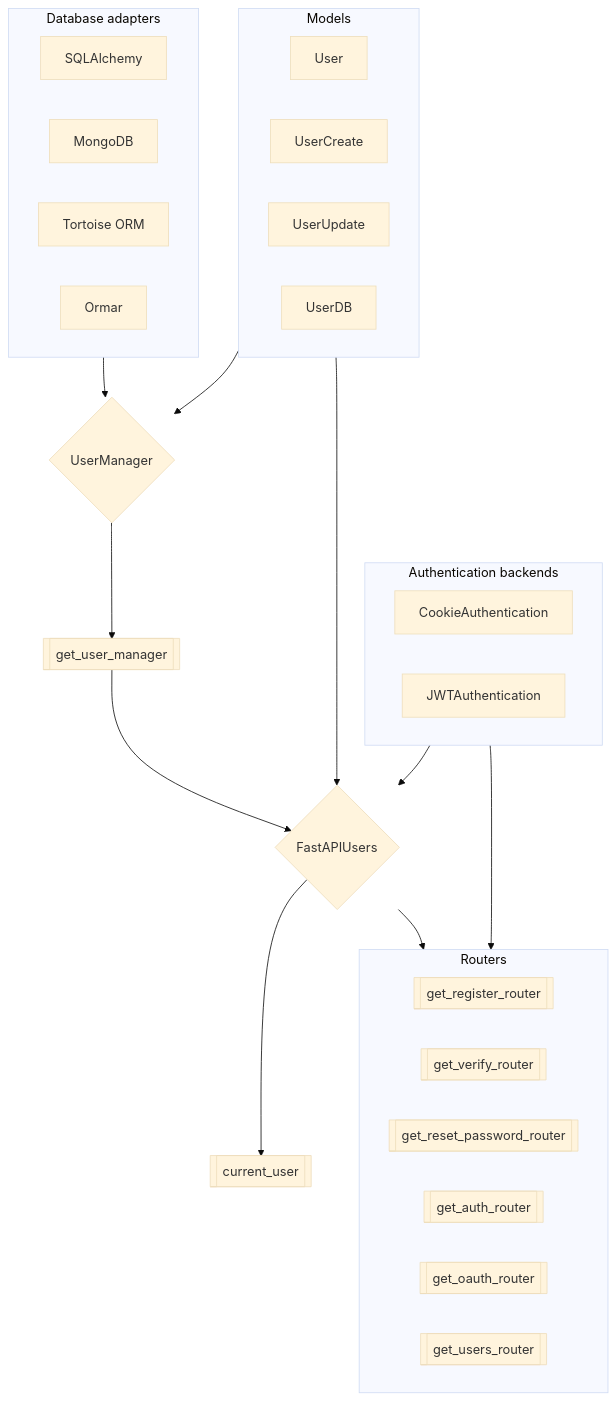
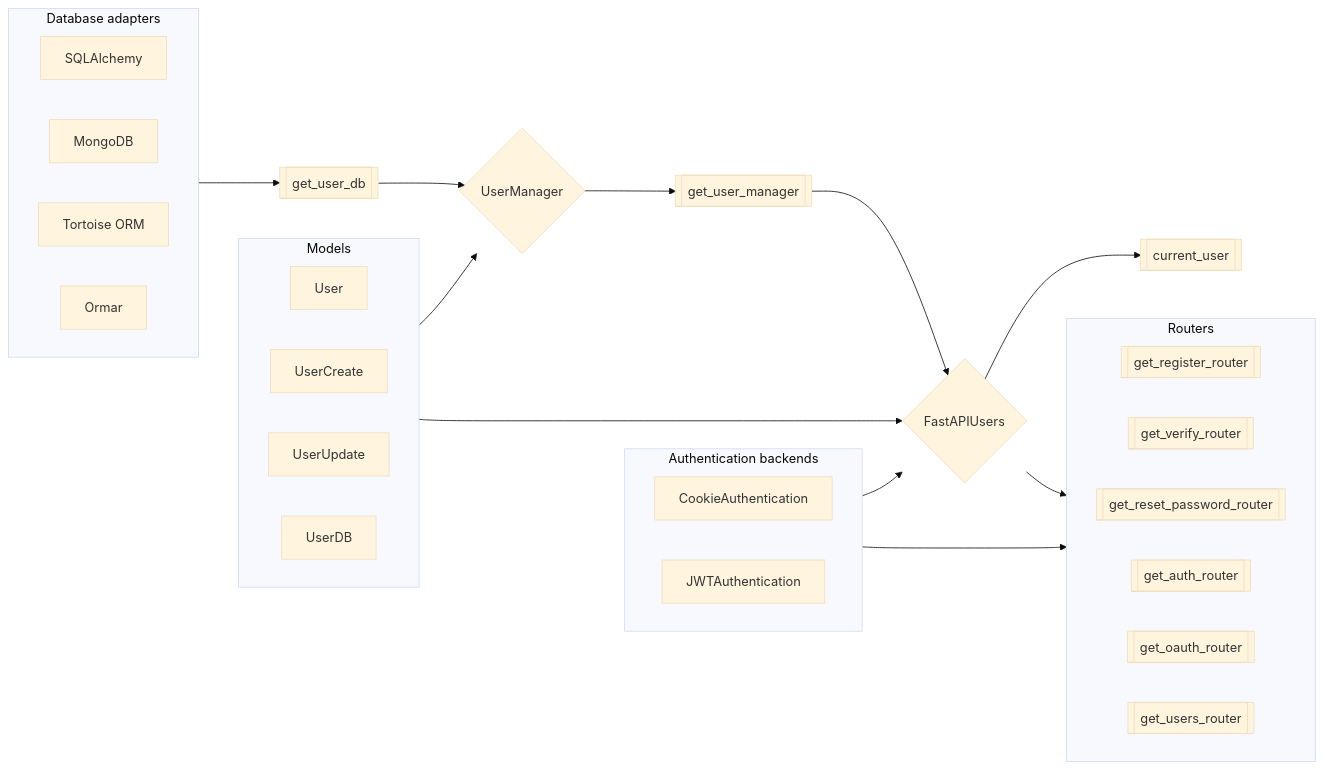
One commit to fastapi-users/fastapi-users changed the diagram in docs/configuration/overview.md. Above: the diagram before and after it, drawn with Mermaid (base theme). The commit also changed 10 other files, not shown here.

````diff
--- a/docs/configuration/overview.md
+++ b/docs/configuration/overview.md
@@ -6,49 +6,51 @@
 ```mermaid
-flowchart TB
+flowchart LR
     FASTAPI_USERS{FastAPIUsers}
     USER_MANAGER{UserManager}
+    DATABASE_DEPENDENCY[[get_user_db]]
     USER_MANAGER_DEPENDENCY[[get_user_manager]]
     CURRENT_USER[[current_user]]
     subgraph MODELS[Models]
         direction RL
         USER[User]
         USER_CREATE[UserCreate]
         USER_UPDATE[UserUpdate]
         USER_DB[UserDB]
     end
     subgraph DATABASE[Database adapters]
         direction RL
         SQLALCHEMY[SQLAlchemy]
         MONGODB[MongoDB]
         TORTOISE[Tortoise ORM]
         ORMAR[Ormar]
     end
     subgraph ROUTERS[Routers]
         direction RL
         REGISTER[[get_register_router]]
         VERIFY[[get_verify_router]]
         RESET[[get_reset_password_router]]
         AUTH[[get_auth_router]]
         OAUTH[[get_oauth_router]]
         USERS[[get_users_router]]
     end
     subgraph AUTH_BACKENDS[Authentication backends]
         direction RL
         COOKIE[CookieAuthentication]
         JWT[JWTAuthentication]
     end
-    DATABASE --> USER_MANAGER
+    DATABASE --> DATABASE_DEPENDENCY
+    DATABASE_DEPENDENCY --> USER_MANAGER
 
     MODELS --> USER_MANAGER
     MODELS --> FASTAPI_USERS
 
     USER_MANAGER --> USER_MANAGER_DEPENDENCY
     USER_MANAGER_DEPENDENCY --> FASTAPI_USERS
 
     FASTAPI_USERS --> ROUTERS
 
     AUTH_BACKENDS --> AUTH
     AUTH_BACKENDS --> FASTAPI_USERS
 
     FASTAPI_USERS --> CURRENT_USER
 ```
````
